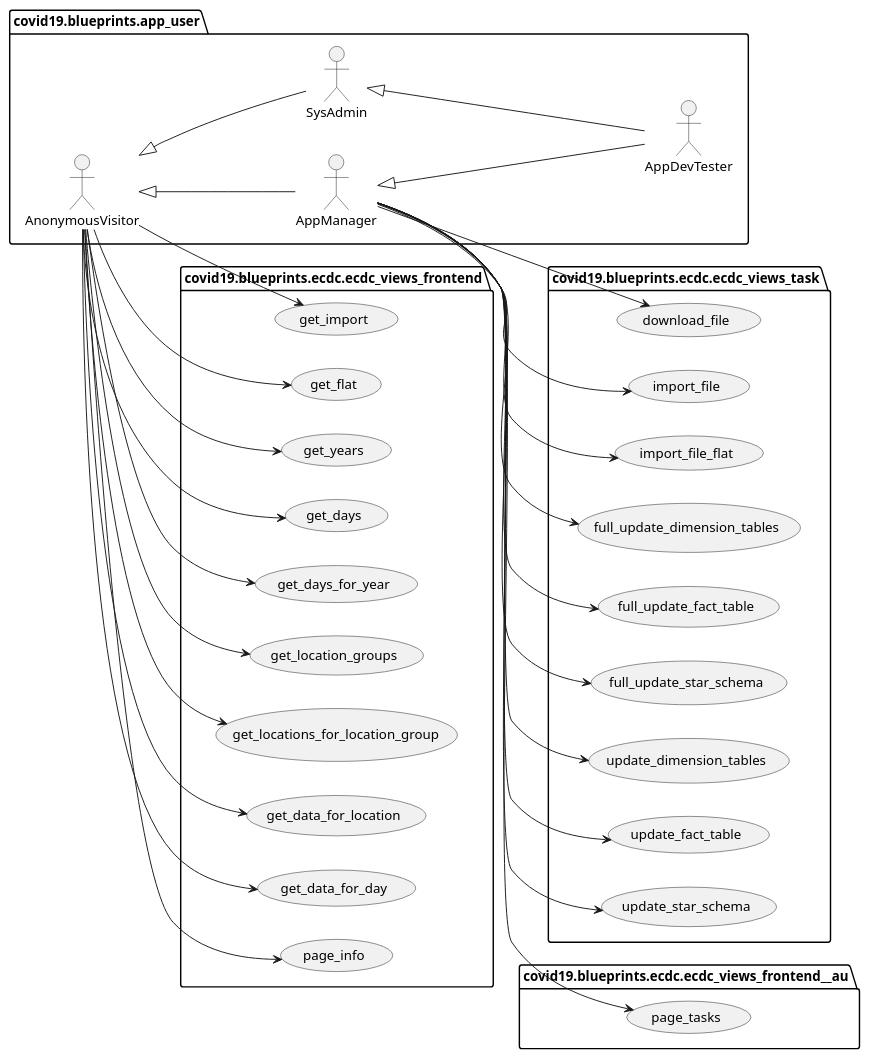
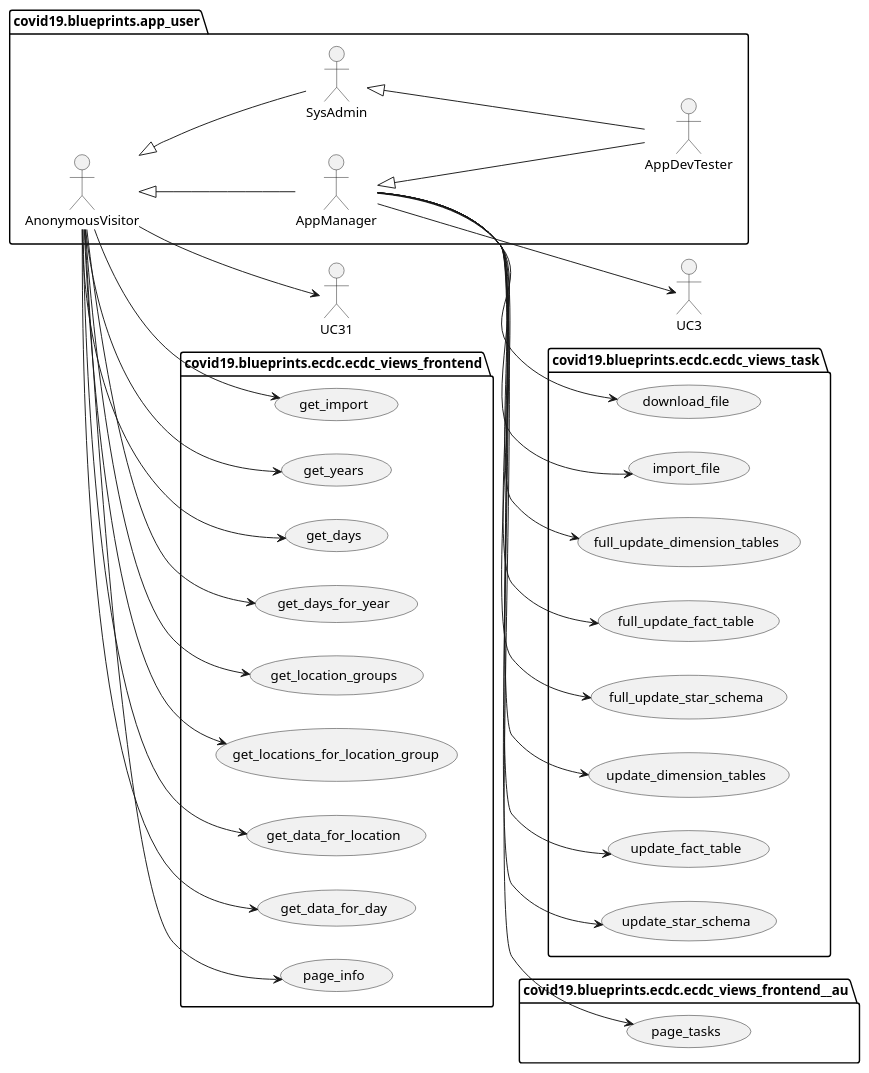
One commit to thomaswoehlke/flask_covid19 changed the diagram in docs/uml/data_ecdc/ecdc_use_cases.puml. Above: the diagram before and after it, drawn with PlantUML. The commit also changed 23 other files, not shown here.

```diff
--- a/docs/uml/data_ecdc/ecdc_use_cases.puml
+++ b/docs/uml/data_ecdc/ecdc_use_cases.puml
@@ -1,71 +1,69 @@
 @startuml
 
 left to right direction
 
 package covid19.blueprints.app_user {
 	actor AnonymousVisitor as vu
 	actor AppManager as au
 	actor SysAdmin as su
 	actor AppDevTester as du
 }
 
 package covid19.blueprints.app_user {
 	vu <|-- au
 	vu <|-- su
 	su <|-- du
 	au <|-- du
 }
 
 package covid19.blueprints.ecdc.ecdc_views_task {
 	usecase download_file as UC1
 	usecase import_file as UC2
-	usecase import_file_flat as UC3
 	usecase full_update_dimension_tables as UC10
 	usecase full_update_fact_table as UC11
 	usecase full_update_star_schema as UC12
 	usecase update_dimension_tables as UC20
 	usecase update_fact_table as UC21
 	usecase update_star_schema as UC22
 }
 
 au --> UC1
 au --> UC2
 au --> UC3
 au --> UC10
 au --> UC11
 au --> UC12
 au --> UC20
 au --> UC21
 au --> UC22
 
 package covid19.blueprints.ecdc.ecdc_views_frontend {
 	usecase get_import as UC30
-	usecase get_flat as UC31
 	usecase get_years as UC40
 	usecase get_days as UC41
 	usecase get_days_for_year as UC42
 	usecase get_location_groups as UC43
 	usecase get_locations_for_location_group as UC44
 	usecase get_data_for_location as UC45
 	usecase get_data_for_day as UC46
     usecase page_info as UC80
 }
 
 vu --> UC30
 vu --> UC31
 vu --> UC40
 vu --> UC41
 vu --> UC42
 vu --> UC43
 vu --> UC44
 vu --> UC45
 vu --> UC46
 vu --> UC80
 
 package covid19.blueprints.ecdc.ecdc_views_frontend__au {
     usecase page_tasks as UC81
 }
 
 au --> UC81
 
 @enduml
```
